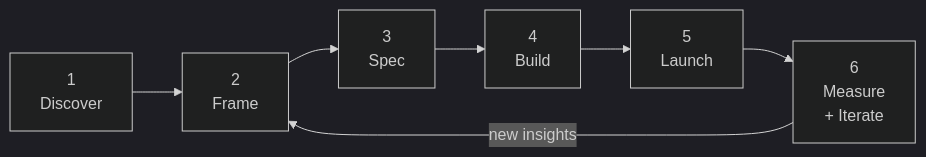
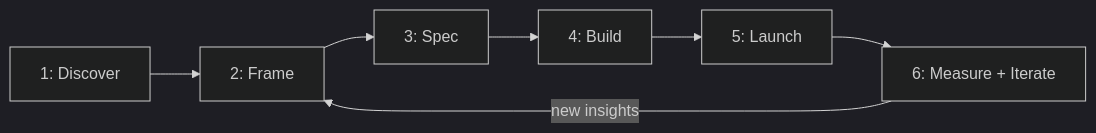
The diagram in ai-pm-playbook.md (mjac-yue/ai-architecture-for-pms), drawn with Mermaid (dark theme) before and after one commit. The commit also changed 15 other files, not shown here.

First line of the commit message:
Remove HTML tags from Mermaid node labels for Obsidian compatibility

````diff
--- a/ai-pm-playbook.md
+++ b/ai-pm-playbook.md
@@ -11,9 +11,9 @@
 ```mermaid
 flowchart LR
-    A["1<br>Discover"] --> B["2<br>Frame"]
-    B --> C["3<br>Spec"]
-    C --> D["4<br>Build"]
-    D --> E["5<br>Launch"]
-    E --> F["6<br>Measure<br>+ Iterate"]
+    A["1: Discover"] --> B["2: Frame"]
+    B --> C["3: Spec"]
+    C --> D["4: Build"]
+    D --> E["5: Launch"]
+    E --> F["6: Measure + Iterate"]
     F -->|"new insights"| B
 ```
````
